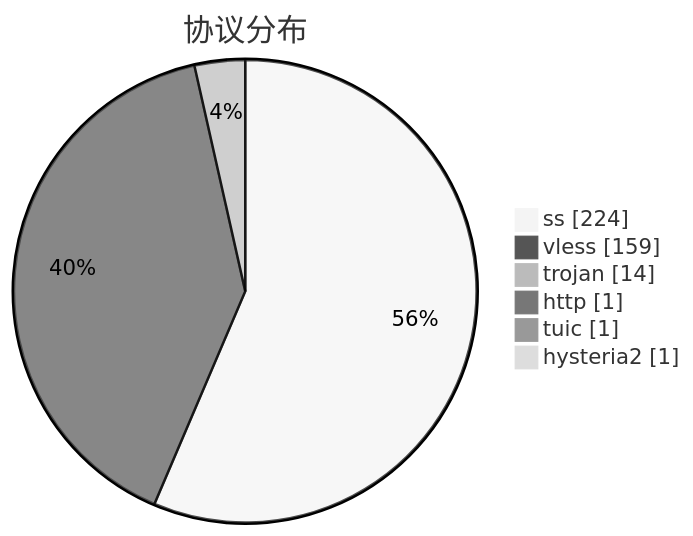
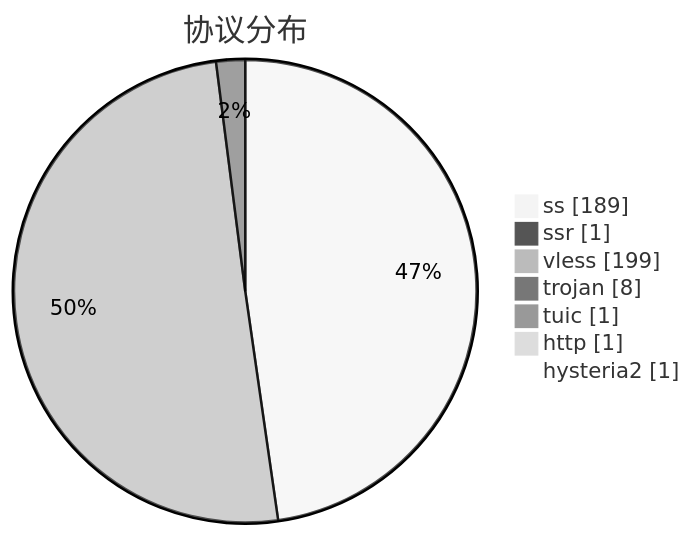
One commit to qjlxg/airport changed the third of 3 diagrams in subs/statistics/tested_within.md. Above: the diagram before and after it, drawn with Mermaid (neutral theme). The commit also changed other lines of this file and 2 other files, not shown here.

````diff
--- a/subs/statistics/tested_within.md
+++ b/subs/statistics/tested_within.md
@@ -30,10 +31,11 @@
 ```mermaid
 pie showData
 title 协议分布
-"ss" : 224
-"vless" : 159
-"trojan" : 14
+"ss" : 189
+"ssr" : 1
+"vless" : 199
+"trojan" : 8
+"tuic" : 1
 "http" : 1
-"tuic" : 1
 "hysteria2" : 1
 ```
````
